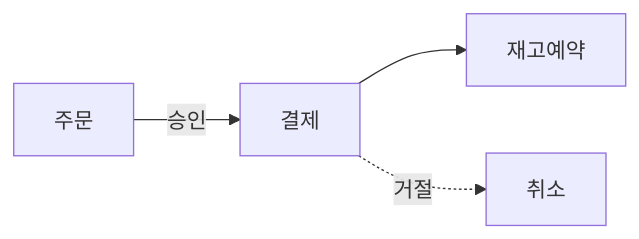
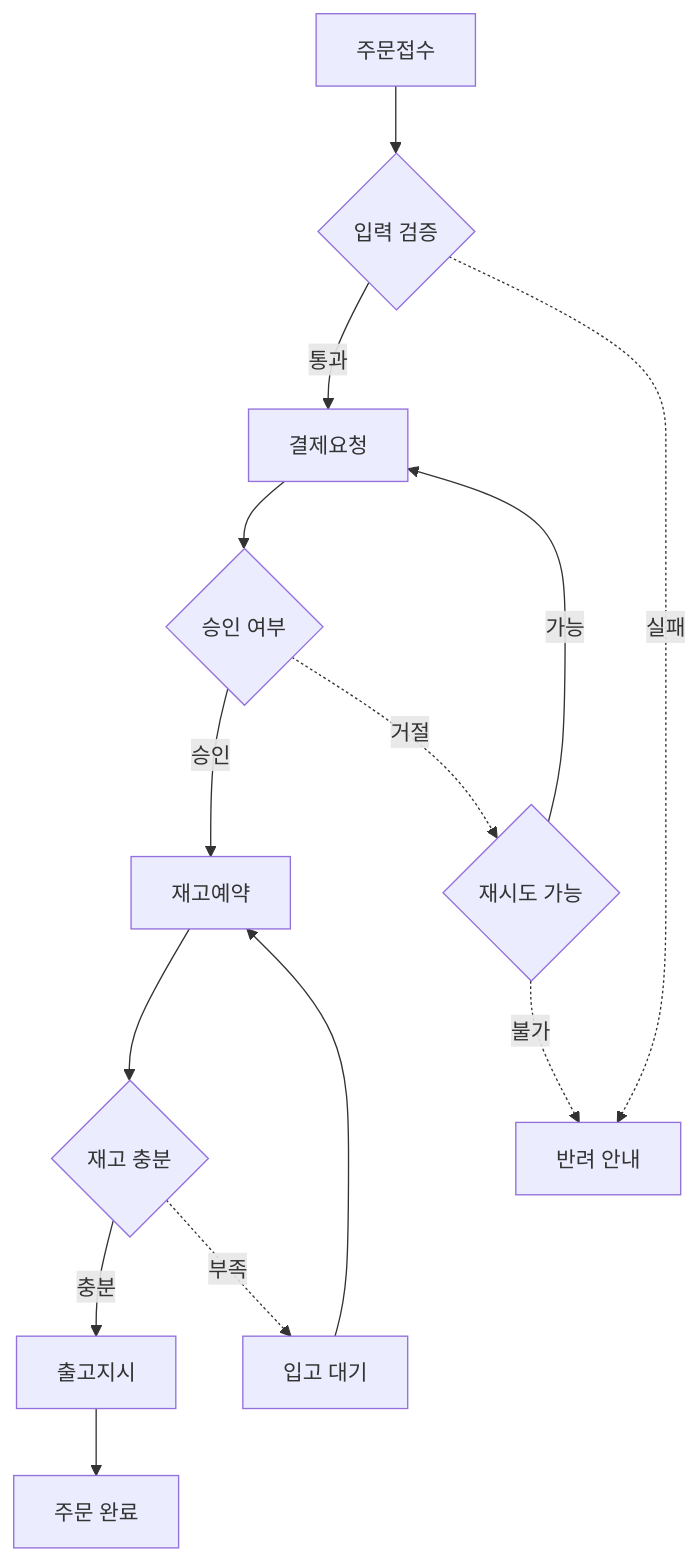
The first of 5 diagrams in docs/drafts/2026-09-fencesvg.md (1989v/msa), drawn with Mermaid before and after one commit. The commit also changed other lines of this file and 7 other files, not shown here.

First line of the commit message:
feat(blog): 다이어그램이 사이트 팔레트를 따라간다 (fencesvg 0.3.1)

````diff
--- a/docs/drafts/2026-09-fencesvg.md
+++ b/docs/drafts/2026-09-fencesvg.md
@@ -70,8 +80,18 @@
 ```mermaid
-%% caption: 주문은 결제 승인 뒤에 재고를 잡는다
-flowchart LR
-  주문 -->|승인| 결제
-  결제 --> 재고예약
-  결제 -.->|거절| 취소
-  class 재고예약 emphasis
+%% caption: 주문은 결제와 재고를 모두 통과해야 출고된다
+flowchart TD
+  주문접수 --> 검증{입력 검증}
+  검증 -->|통과| 결제요청
+  검증 -.->|실패| 반려[반려 안내]
+  결제요청 --> 승인{승인 여부}
+  승인 -->|승인| 재고예약
+  승인 -.->|거절| 재시도{재시도 가능}
+  재시도 -->|가능| 결제요청
+  재시도 -.->|불가| 반려
+  재고예약 --> 부족{재고 충분}
+  부족 -->|충분| 출고지시
+  부족 -.->|부족| 입고대기[입고 대기]
+  입고대기 --> 재고예약
+  출고지시 --> 완료[주문 완료]
+  class 출고지시 emphasis
 ```
````
